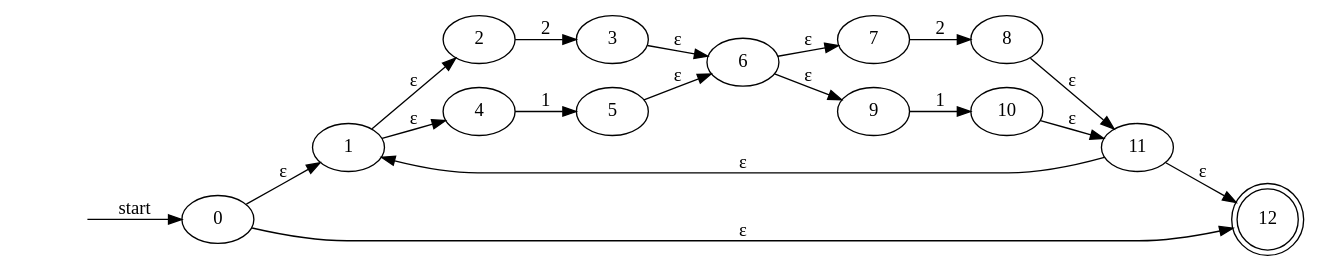
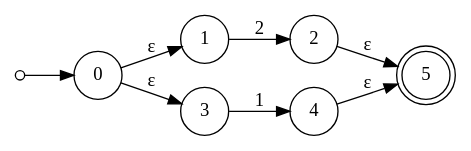
Before and after one commit to EstebanAG1005/LaboratorioC-Lenguajes: the diagram in nfa1.gv, drawn with Graphviz. The commit also changed 21 other files, not shown here.

```diff
--- a/nfa1.gv
+++ b/nfa1.gv
@@ -1,33 +1,14 @@
 digraph {
-	graph [rankdir=LR]
-	"" [shape=none style=invisible]
-	"" -> 0 [label=start]
-	1 [label=1]
-	2 [label=2]
-	3 [label=3]
-	4 [label=4]
-	5 [label=5]
-	6 [label=6]
-	7 [label=7]
-	8 [label=8]
-	9 [label=9]
-	10 [label=10]
-	11 [label=11]
-	12 [label=12 shape=doublecircle]
+	rankdir=LR size="8,5"
+	node [shape=doublecircle]
+	5
+	node [shape=circle]
+	start [label="" height=0.1 width=0.1]
+	start -> 0 [label=""]
 	0 -> 1 [label="ε"]
-	0 -> 12 [label="ε"]
-	1 -> 2 [label="ε"]
-	1 -> 4 [label="ε"]
-	2 -> 3 [label=2]
-	4 -> 5 [label=1]
-	3 -> 6 [label="ε"]
-	5 -> 6 [label="ε"]
-	6 -> 7 [label="ε"]
-	6 -> 9 [label="ε"]
-	7 -> 8 [label=2]
-	9 -> 10 [label=1]
-	8 -> 11 [label="ε"]
-	10 -> 11 [label="ε"]
-	11 -> 1 [label="ε"]
-	11 -> 12 [label="ε"]
+	0 -> 3 [label="ε"]
+	1 -> 2 [label=2]
+	3 -> 4 [label=1]
+	2 -> 5 [label="ε"]
+	4 -> 5 [label="ε"]
 }
```
